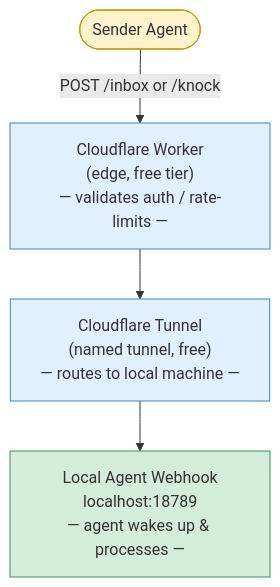
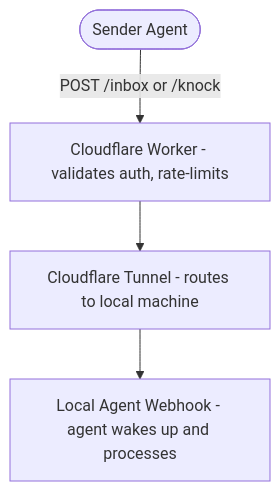
Before and after one commit to absolutetouch/agent-hooks: the second of 3 diagrams in README.md, drawn with Mermaid. The commit also changed other lines of this file and 1 other file, not shown here.

First line of the commit message:
fix: Mermaid syntax errors and remove hardcoded colours (#4)

````diff
--- a/README.md
+++ b/README.md
@@ -73,17 +68,7 @@
 ```mermaid
 flowchart TD
-    SENDER([Sender Agent]) -->|"POST /inbox or /knock"| WORKER
-
-    WORKER["Cloudflare Worker<br>(edge, free tier)<br>— validates auth / rate-limits —"]
-    WORKER --> TUNNEL
-
-    TUNNEL["Cloudflare Tunnel<br>(named tunnel, free)<br>— routes to local machine —"]
-    TUNNEL --> LOCAL
-
-    LOCAL["Local Agent Webhook<br>localhost:18789<br>— agent wakes up & processes —"]
-
-    style SENDER fill:#fff3cd,stroke:#cc9900
-    style WORKER fill:#e0f0ff,stroke:#3388cc
-    style TUNNEL fill:#e0f0ff,stroke:#3388cc
-    style LOCAL fill:#d4edda,stroke:#339944
+    SENDER([Sender Agent]) -->|POST /inbox or /knock| WORKER
+    WORKER[Cloudflare Worker - validates auth, rate-limits] --> TUNNEL
+    TUNNEL[Cloudflare Tunnel - routes to local machine] --> LOCAL
+    LOCAL[Local Agent Webhook - agent wakes up and processes]
 ```
````
